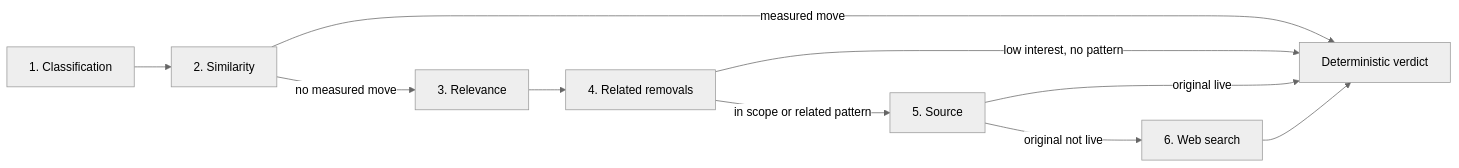
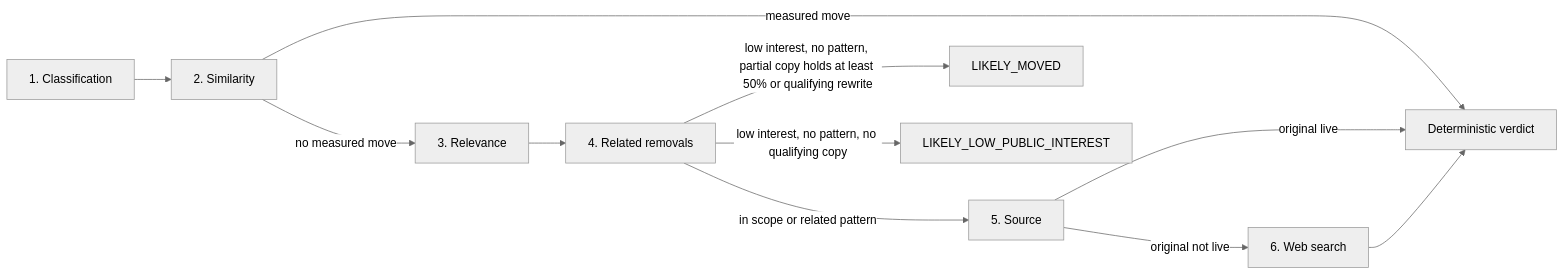
The second of 2 diagrams in docs/architecture.md (karakutu-xyz/karakutu-ai-audit), drawn with Mermaid (neutral theme) before and after one commit. The commit also changed other lines of this file and 88 other files, not shown here.

````diff
--- a/docs/architecture.md
+++ b/docs/architecture.md
@@ -77,12 +77,13 @@
 ```mermaid
 flowchart LR
     C[1. Classification] --> S[2. Similarity]
     S -->|no measured move| R[3. Relevance]
     R --> RR[4. Related removals]
     RR -->|in scope or related pattern| O[5. Source]
     O -->|original not live| W[6. Web search]
     S -->|measured move| D[Deterministic verdict]
-    RR -->|low interest, no pattern| D
+    RR -->|low interest, no pattern, partial copy holds at least 50% or qualifying rewrite| LM[LIKELY_MOVED]
+    RR -->|low interest, no pattern, no qualifying copy| LI[LIKELY_LOW_PUBLIC_INTEREST]
     O -->|original live| D
     W --> D
 ```
````
